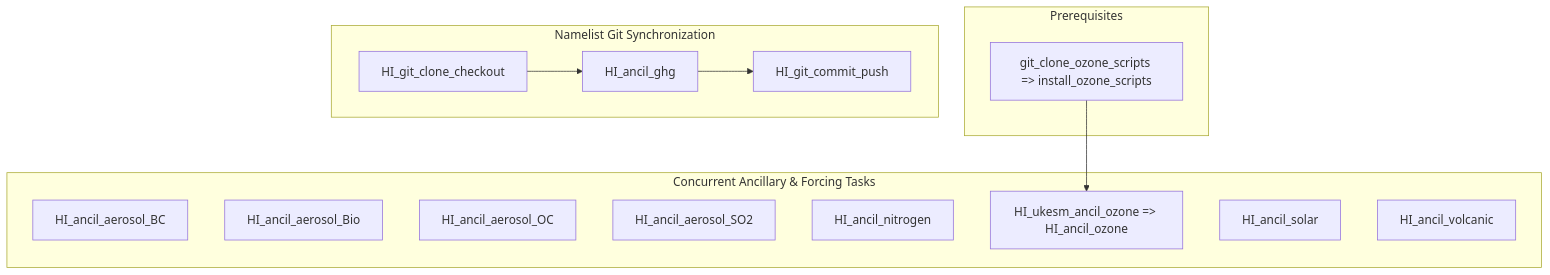
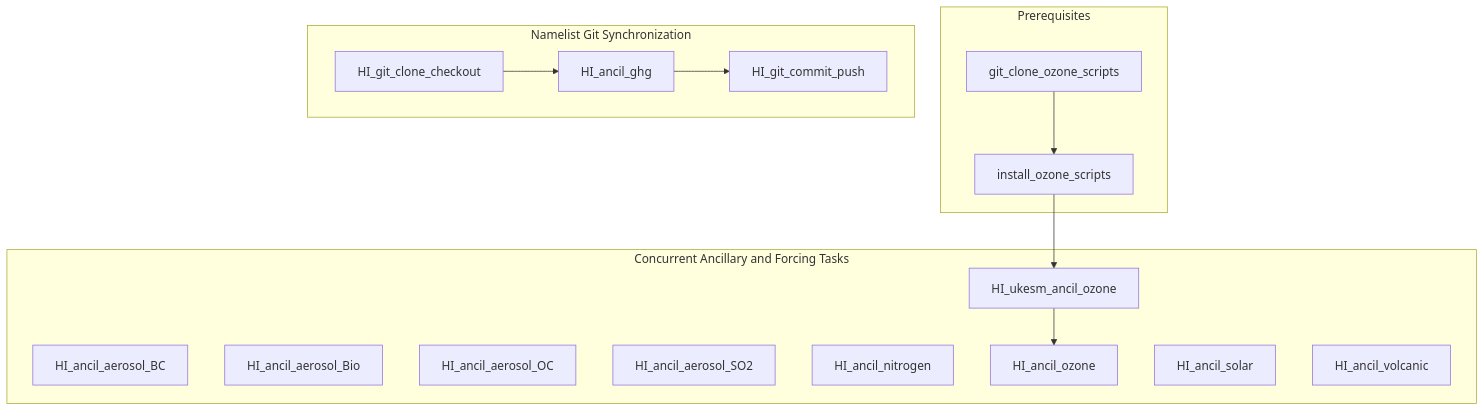
Before and after one commit to ACCESS-NRI/CMIP7-Input: the diagram in documentation/docs/pages/experiments/historical.md, drawn with Mermaid. The commit also changed other lines of this file and 19 other files, not shown here.

Commit message:
Fixed markdown formatting and mermaid rendering

````diff
--- a/documentation/docs/pages/experiments/historical.md
+++ b/documentation/docs/pages/experiments/historical.md
@@ -56,24 +58,24 @@
 ```mermaid
 graph TD
     subgraph PreReqs["Prerequisites"]
-        OzoneSetup["git_clone_ozone_scripts => install_ozone_scripts"]
+        O3Clone["git_clone_ozone_scripts"] --> O3Install["install_ozone_scripts"]
     end
 
-    subgraph ParallelTasks["Concurrent Ancillary & Forcing Tasks"]
+    subgraph ParallelTasks["Concurrent Ancillary and Forcing Tasks"]
         BC["HI_ancil_aerosol_BC"]
         Bio["HI_ancil_aerosol_Bio"]
         OC["HI_ancil_aerosol_OC"]
         SO2["HI_ancil_aerosol_SO2"]
         Ndep["HI_ancil_nitrogen"]
-        O3["HI_ukesm_ancil_ozone => HI_ancil_ozone"]
+        O3Stage1["HI_ukesm_ancil_ozone"] --> O3Stage2["HI_ancil_ozone"]
         Solar["HI_ancil_solar"]
         Volc["HI_ancil_volcanic"]
     end
 
     subgraph SerialGit["Namelist Git Synchronization"]
         Clone["HI_git_clone_checkout"] --> GHG["HI_ancil_ghg"]
         GHG --> Commit["HI_git_commit_push"]
     end
 
-    OzoneSetup --> O3
+    O3Install --> O3Stage1
 ```
````
